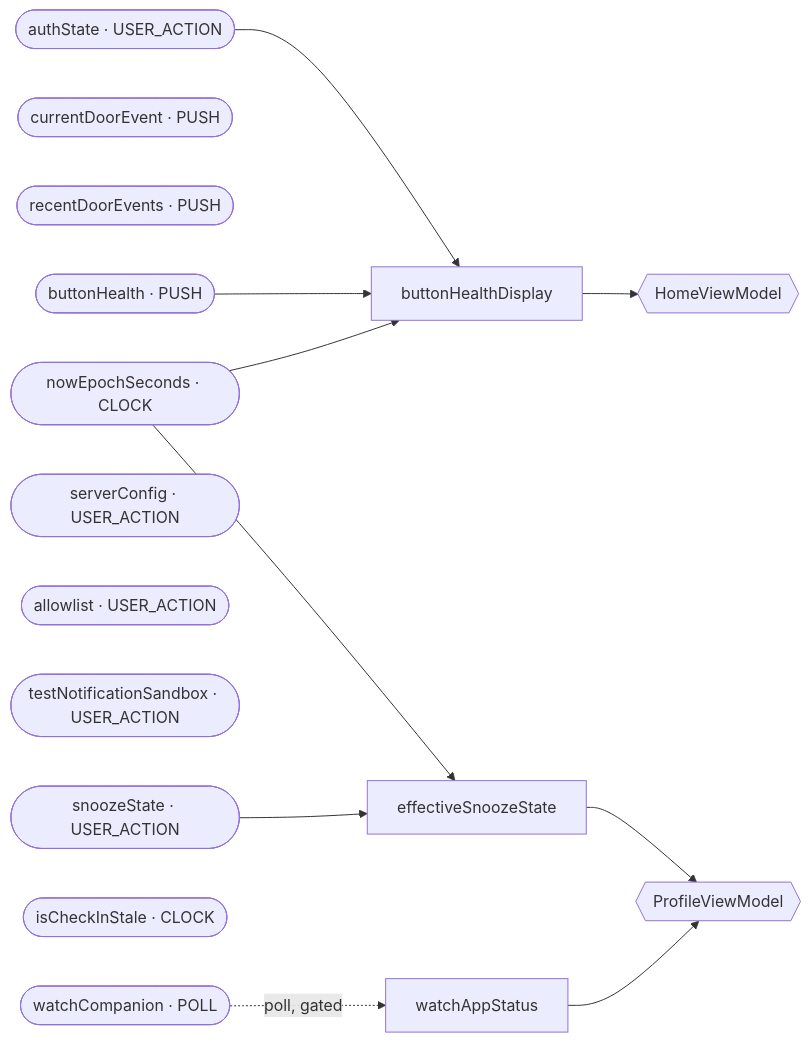
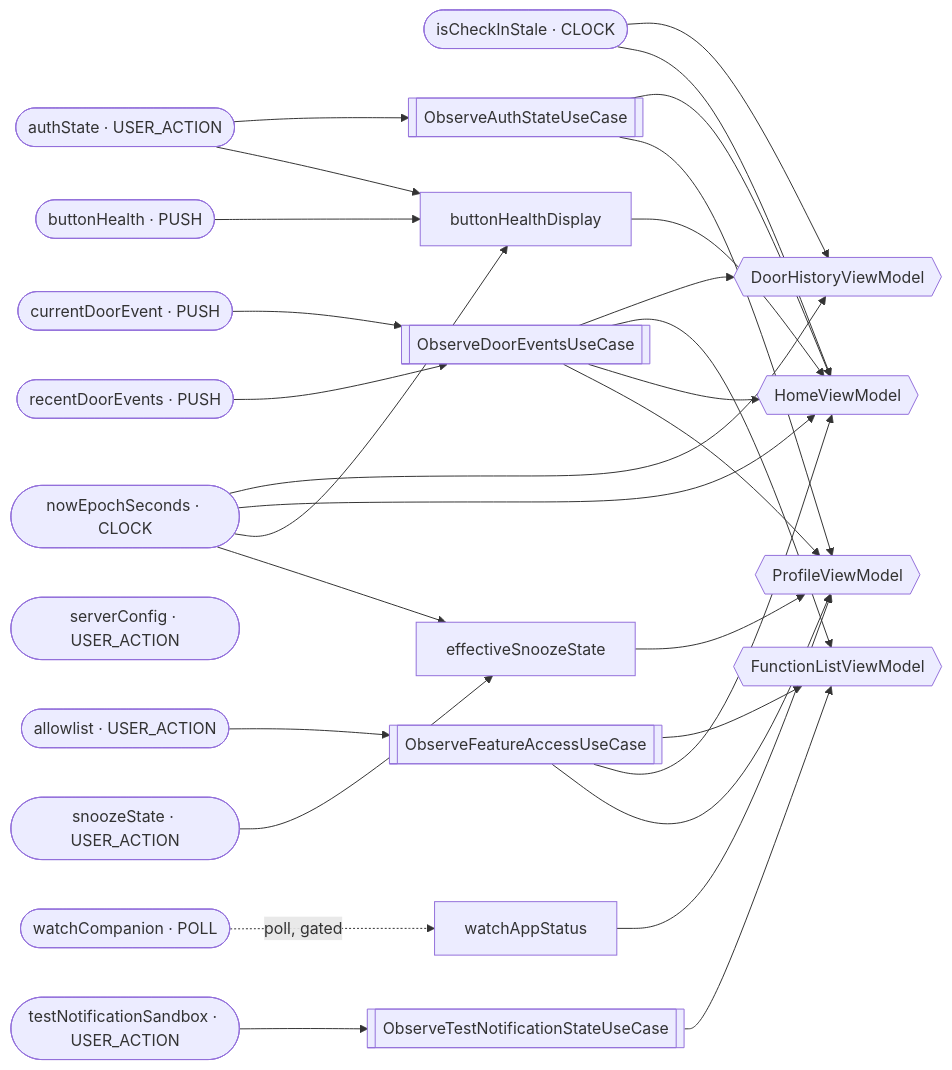
Before and after one commit to cartland/SmartGarageDoor: the diagram in MobileGarage/docs/DATA_GRAPH.md, drawn with Mermaid. The commit also changed other lines of this file and 2 other files, not shown here.

````diff
--- a/MobileGarage/docs/DATA_GRAPH.md
+++ b/MobileGarage/docs/DATA_GRAPH.md
@@ -24,28 +28,53 @@
 ```mermaid
 graph LR
     authState(["authState · USER_ACTION"])
     currentDoorEvent(["currentDoorEvent · PUSH"])
     recentDoorEvents(["recentDoorEvents · PUSH"])
     buttonHealth(["buttonHealth · PUSH"])
     snoozeState(["snoozeState · USER_ACTION"])
     serverConfig(["serverConfig · USER_ACTION"])
     allowlist(["allowlist · USER_ACTION"])
     testNotificationSandbox(["testNotificationSandbox · USER_ACTION"])
     nowEpochSeconds(["nowEpochSeconds · CLOCK"])
     isCheckInStale(["isCheckInStale · CLOCK"])
     watchCompanion(["watchCompanion · POLL"])
     buttonHealthDisplay["buttonHealthDisplay"]
     effectiveSnoozeState["effectiveSnoozeState"]
     watchAppStatus["watchAppStatus"]
+    ObserveAuthStateUseCase[["ObserveAuthStateUseCase"]]
+    ObserveDoorEventsUseCase[["ObserveDoorEventsUseCase"]]
+    ObserveFeatureAccessUseCase[["ObserveFeatureAccessUseCase"]]
+    ObserveTestNotificationStateUseCase[["ObserveTestNotificationStateUseCase"]]
+    DoorHistoryViewModel{{"DoorHistoryViewModel"}}
+    FunctionListViewModel{{"FunctionListViewModel"}}
     HomeViewModel{{"HomeViewModel"}}
     ProfileViewModel{{"ProfileViewModel"}}
+    authState --> ObserveAuthStateUseCase
+    ObserveAuthStateUseCase --> HomeViewModel
+    ObserveAuthStateUseCase --> ProfileViewModel
+    currentDoorEvent --> ObserveDoorEventsUseCase
+    recentDoorEvents --> ObserveDoorEventsUseCase
+    ObserveDoorEventsUseCase --> DoorHistoryViewModel
+    ObserveDoorEventsUseCase --> FunctionListViewModel
+    ObserveDoorEventsUseCase --> HomeViewModel
+    ObserveDoorEventsUseCase --> ProfileViewModel
+    allowlist --> ObserveFeatureAccessUseCase
+    ObserveFeatureAccessUseCase --> FunctionListViewModel
+    ObserveFeatureAccessUseCase --> HomeViewModel
+    ObserveFeatureAccessUseCase --> ProfileViewModel
+    testNotificationSandbox --> ObserveTestNotificationStateUseCase
+    ObserveTestNotificationStateUseCase --> FunctionListViewModel
+    isCheckInStale --> DoorHistoryViewModel
+    isCheckInStale --> HomeViewModel
+    nowEpochSeconds --> DoorHistoryViewModel
+    nowEpochSeconds --> HomeViewModel
     authState --> buttonHealthDisplay
     buttonHealth --> buttonHealthDisplay
     nowEpochSeconds --> buttonHealthDisplay
     buttonHealthDisplay --> HomeViewModel
     nowEpochSeconds --> effectiveSnoozeState
     snoozeState --> effectiveSnoozeState
     effectiveSnoozeState --> ProfileViewModel
     watchCompanion -. poll, gated .-> watchAppStatus
     watchAppStatus --> ProfileViewModel
 ```
````
